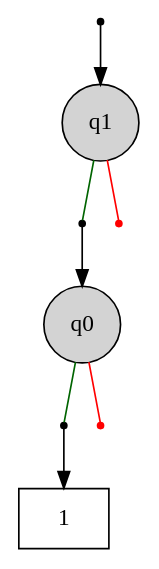
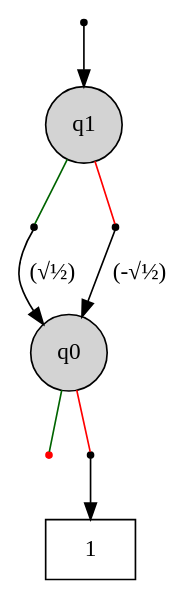
Before and after one commit to cda-tum/mqt-ddvis: the diagram in data/1.dot, drawn with Graphviz. The commit also changed 4 other files, not shown here.

```diff
--- a/data/1.dot
+++ b/data/1.dot
@@ -1,23 +1,24 @@
 digraph "DD" {
 graph [center=true, ordering=out];
 node [shape=circle, center=true];
 "T" [ shape = box, label="1" ];
 "R" [label="", shape=point];
 "0" [ label="q1" ,style=filled, fillcolor=lightgray ];
 "0h0"  [label="", shape=point];
-"0h2"  [label="", shape=point , fillcolor=red, color=red];
+"0h2"  [label="", shape=point];
 "1" [ label="q0" ,style=filled, fillcolor=lightgray ];
-"1h0"  [label="", shape=point ];
-"1h2"  [label="", shape=point , fillcolor=red, color=red];
+"1h0"  [label="", shape=point , fillcolor=red, color=red];
+"1h2"  [label="", shape=point ];
 
 "R" -> "0"
 {rank=same; "0h0" "0h2"}
 "0" -> "0h0" [arrowhead=none,color=darkgreen];
-"0h0" -> "1";
+"0h0" -> "1" [label=" (√½)" ];
 "0" -> "0h2" [arrowhead=none,color=red];
+"0h2" -> "1" [label=" (-√½)" ];
 {rank=same; "1h0" "1h2"}
 "1" -> "1h0" [arrowhead=none,color=darkgreen];
-"1h0"-> "T";
 "1" -> "1h2" [arrowhead=none,color=red];
+"1h2"-> "T";
 
 }
```
